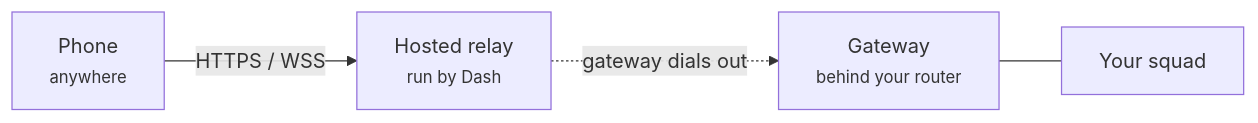
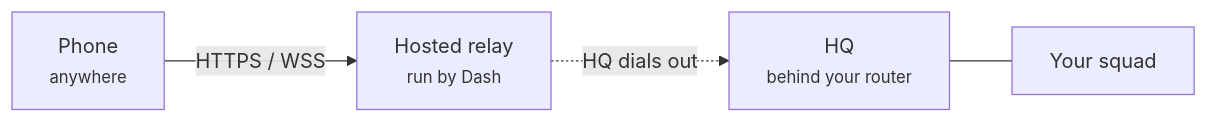
Before and after one commit to volumegambit/Dash: the diagram in docs/remote-access.mdx, drawn with Mermaid. The commit also changed other lines of this file and 165 other files, not shown here.

````diff
--- a/docs/remote-access.mdx
+++ b/docs/remote-access.mdx
@@ -43,6 +43,6 @@
 ```mermaid
 graph LR
     Phone["Phone<br/><small>anywhere</small>"] -->|HTTPS / WSS| Relay["Hosted relay<br/><small>run by Dash</small>"]
-    Relay -.->|gateway dials out| Gateway["Gateway<br/><small>behind your router</small>"]
+    Relay -.->|HQ dials out| Gateway["HQ<br/><small>behind your router</small>"]
     Gateway --- Agents["Your squad"]
 ```
````
